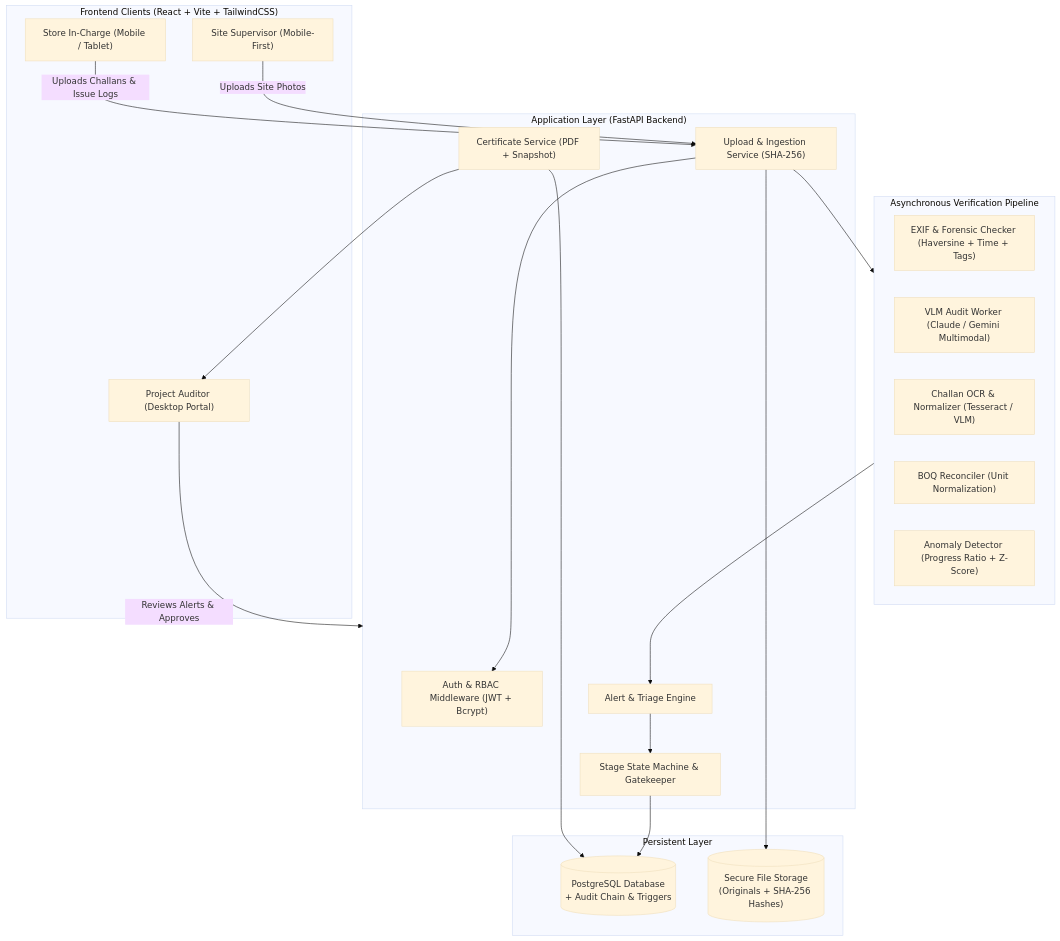
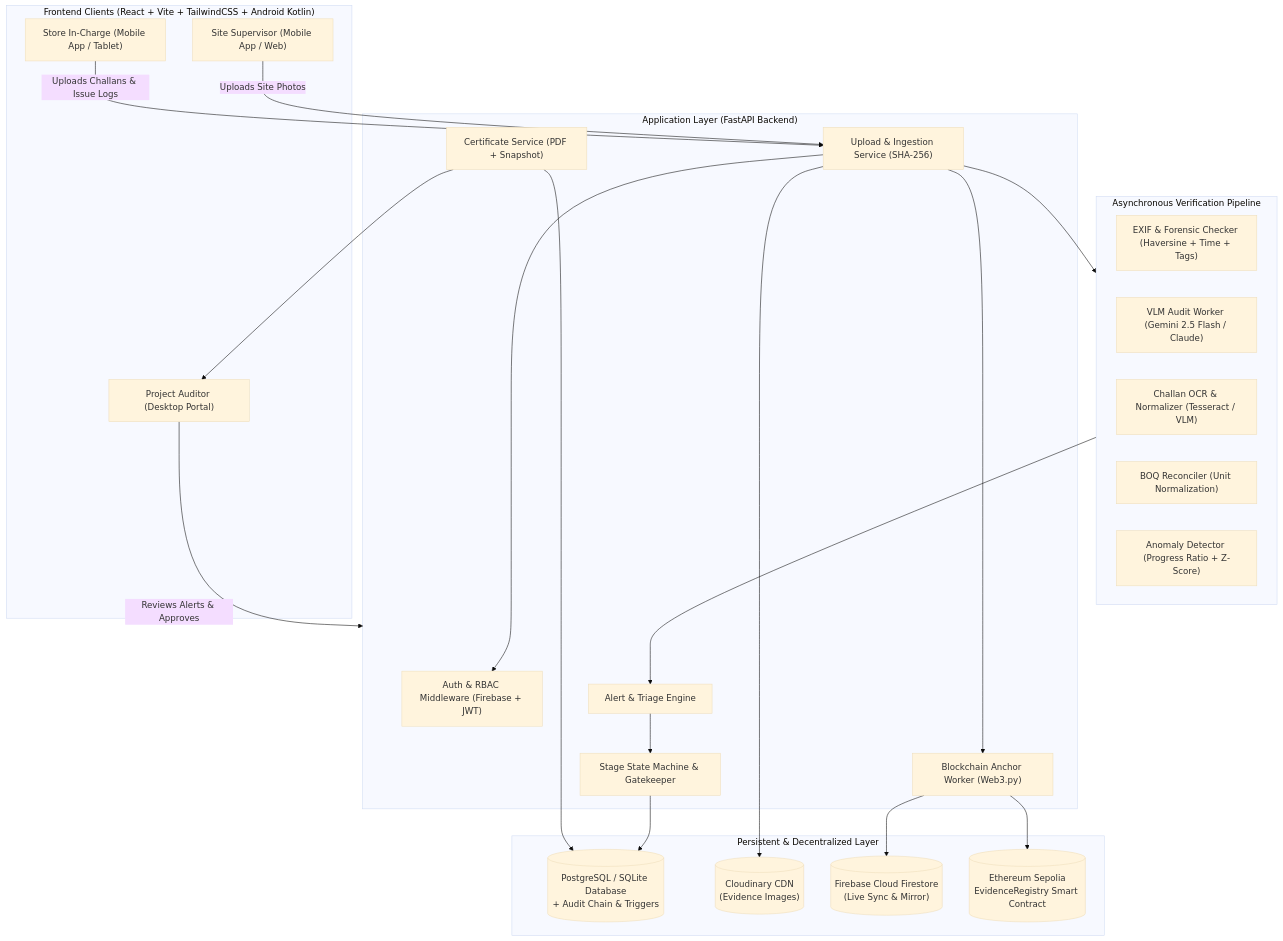
One commit to Pranavms09/CONSTRA changed the first of 2 diagrams in README.md. Above: the diagram before and after it, drawn with Mermaid (base theme). The commit also changed other lines of this file, not shown here.

Commit message:
readme chnaged

````diff
--- a/README.md
+++ b/README.md
@@ -70,43 +74,50 @@
 ```mermaid
 flowchart TD
-    subgraph Clients["Frontend Clients (React + Vite + TailwindCSS)"]
-        SP["Site Supervisor (Mobile-First)"]
-        SC["Store In-Charge (Mobile / Tablet)"]
+    subgraph Clients["Frontend Clients (React + Vite + TailwindCSS + Android Kotlin)"]
+        SP["Site Supervisor (Mobile App / Web)"]
+        SC["Store In-Charge (Mobile App / Tablet)"]
         AU["Project Auditor (Desktop Portal)"]
     end
 
     subgraph Gateway["Application Layer (FastAPI Backend)"]
-        Auth["Auth & RBAC Middleware (JWT + Bcrypt)"]
+        Auth["Auth & RBAC Middleware (Firebase + JWT)"]
         UploadAPI["Upload & Ingestion Service (SHA-256)"]
         AlertEngine["Alert & Triage Engine"]
         FSM["Stage State Machine & Gatekeeper"]
         CertService["Certificate Service (PDF + Snapshot)"]
+        ChainWorker["Blockchain Anchor Worker (Web3.py)"]
     end
 
     subgraph Workers["Asynchronous Verification Pipeline"]
         EXIF["EXIF & Forensic Checker (Haversine + Time + Tags)"]
-        VLM["VLM Audit Worker (Claude / Gemini Multimodal)"]
+        VLM["VLM Audit Worker (Gemini 2.5 Flash / Claude)"]
         OCR["Challan OCR & Normalizer (Tesseract / VLM)"]
         BOQ["BOQ Reconciler (Unit Normalization)"]
         Anomaly["Anomaly Detector (Progress Ratio + Z-Score)"]
     end
 
-    subgraph Storage["Persistent Layer"]
-        DB[("PostgreSQL Database\n+ Audit Chain & Triggers")]
-        FS[("Secure File Storage\n(Originals + SHA-256 Hashes)")]
+    subgraph Storage["Persistent & Decentralized Layer"]
+        DB[("PostgreSQL / SQLite Database\n+ Audit Chain & Triggers")]
+        Cloudinary[("Cloudinary CDN\n(Evidence Images)")]
+        Firestore[("Firebase Cloud Firestore\n(Live Sync & Mirror)")]
+        Sepolia[("Ethereum Sepolia\nEvidenceRegistry Smart Contract")]
     end
 
     SP -->|Uploads Site Photos| UploadAPI
     SC -->|Uploads Challans & Issue Logs| UploadAPI
     AU -->|Reviews Alerts & Approves| Gateway
 
     UploadAPI --> Auth
-    UploadAPI --> FS
+    UploadAPI --> Cloudinary
     UploadAPI --> Workers
 
     Workers --> AlertEngine
     AlertEngine --> FSM
     FSM --> DB
     CertService --> DB
     CertService --> AU
+
+    UploadAPI --> ChainWorker
+    ChainWorker --> Sepolia
+    ChainWorker --> Firestore
 ```
````
